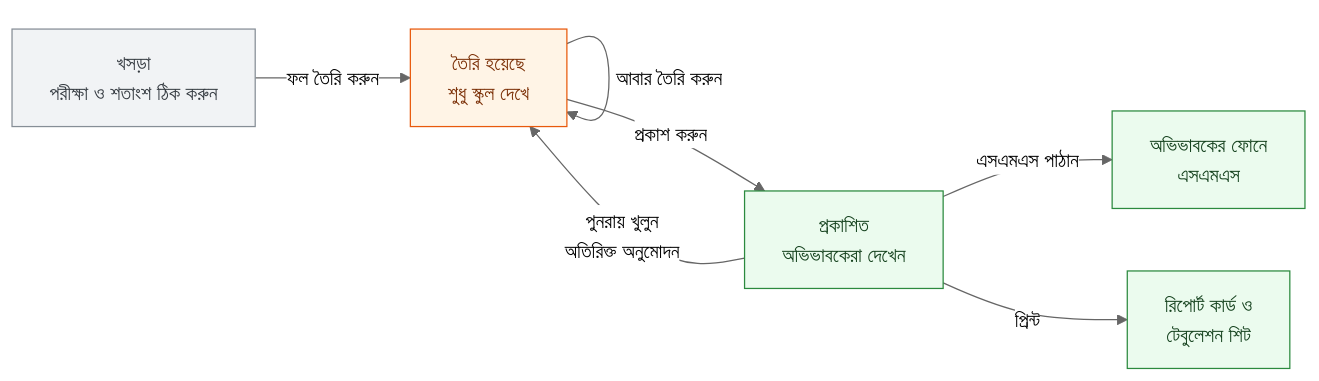
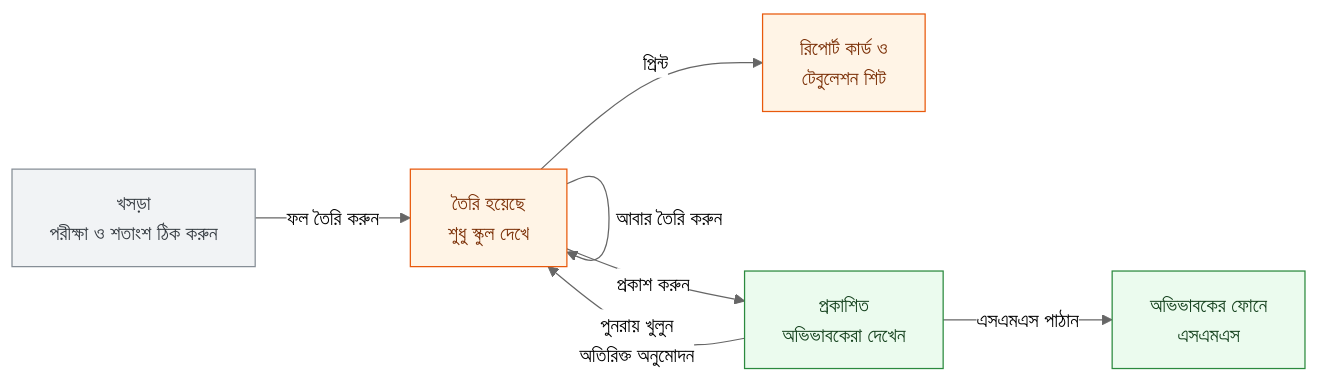
The diagram in docs/user-guide/_diagrams/exams-results-final-results-overview.bn.mmd (LBCron/biddaloy), drawn with Mermaid (neutral theme) before and after one commit. The commit also changed 31 other files, not shown here.

```diff
--- a/docs/user-guide/_diagrams/exams-results-final-results-overview.bn.mmd
+++ b/docs/user-guide/_diagrams/exams-results-final-results-overview.bn.mmd
@@ -1,13 +1,13 @@
 %% title: চূড়ান্ত ফলাফলের ধাপ
-%% desc: "শুরু করুন" চাপলে চূড়ান্ত ফলাফল খসড়া অবস্থায় শুরু হয়। কোন পরীক্ষা গোনা হবে আর প্রতিটির কত শতাংশ গোনা হবে ঠিক করে ফল তৈরি করতে হয়। দেখে নিয়ে প্রকাশ করলে অভিভাবকেরা ফল দেখেন, আর এসএমএস পাঠানো ও কার্ড ছাপা যায়। পুনরায় খুললে অতিরিক্ত অনুমোদন লাগে, আর অবস্থা আবার তৈরি হয়েছে-তে ফিরে যায়।
+%% desc: "শুরু করুন" চাপলে চূড়ান্ত ফলাফল খসড়া অবস্থায় শুরু হয়। কোন পরীক্ষা গোনা হবে আর প্রতিটির কত শতাংশ গোনা হবে ঠিক করে ফল তৈরি করতে হয়। তৈরি হয়েছে অবস্থা থেকেই কার্ড ছাপা যায়। দেখে নিয়ে প্রকাশ করলে অভিভাবকেরা ফল দেখেন, আর এসএমএস পাঠানো যায়। পুনরায় খুললে অতিরিক্ত অনুমোদন লাগে, আর অবস্থা আবার তৈরি হয়েছে-তে ফিরে যায়।
 flowchart LR
   D["খসড়া<br/>পরীক্ষা ও শতাংশ ঠিক করুন"]:::note -->|"ফল তৈরি করুন"| P["তৈরি হয়েছে<br/>শুধু স্কুল দেখে"]:::admin
   P -->|"আবার তৈরি করুন"| P
+  P -->|"প্রিন্ট"| C["রিপোর্ট কার্ড ও<br/>টেবুলেশন শিট"]:::admin
   P -->|"প্রকাশ করুন"| U["প্রকাশিত<br/>অভিভাবকেরা দেখেন"]:::guardian
   U -->|"এসএমএস পাঠান"| M["অভিভাবকের ফোনে<br/>এসএমএস"]:::guardian
-  U -->|"প্রিন্ট"| C["রিপোর্ট কার্ড ও<br/>টেবুলেশন শিট"]:::guardian
   U -->|"পুনরায় খুলুন<br/>অতিরিক্ত অনুমোদন"| P
   classDef teacher fill:#e7f5ff,stroke:#1c7ed6,color:#0b3d66
   classDef admin fill:#fff4e6,stroke:#e8590c,color:#7a2e05
   classDef guardian fill:#ebfbee,stroke:#2b8a3e,color:#14411d
   classDef note fill:#f1f3f5,stroke:#868e96,color:#343a40
```
